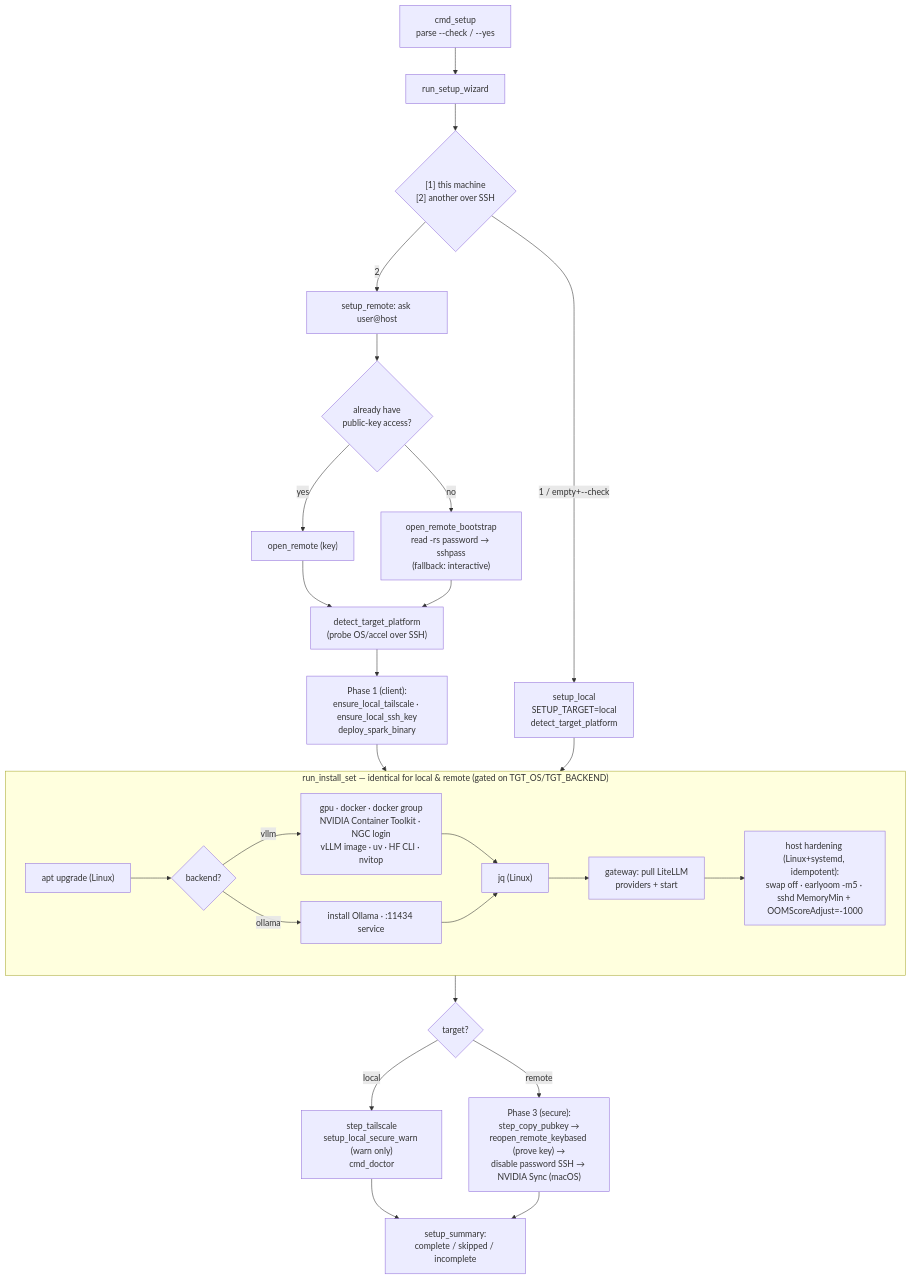
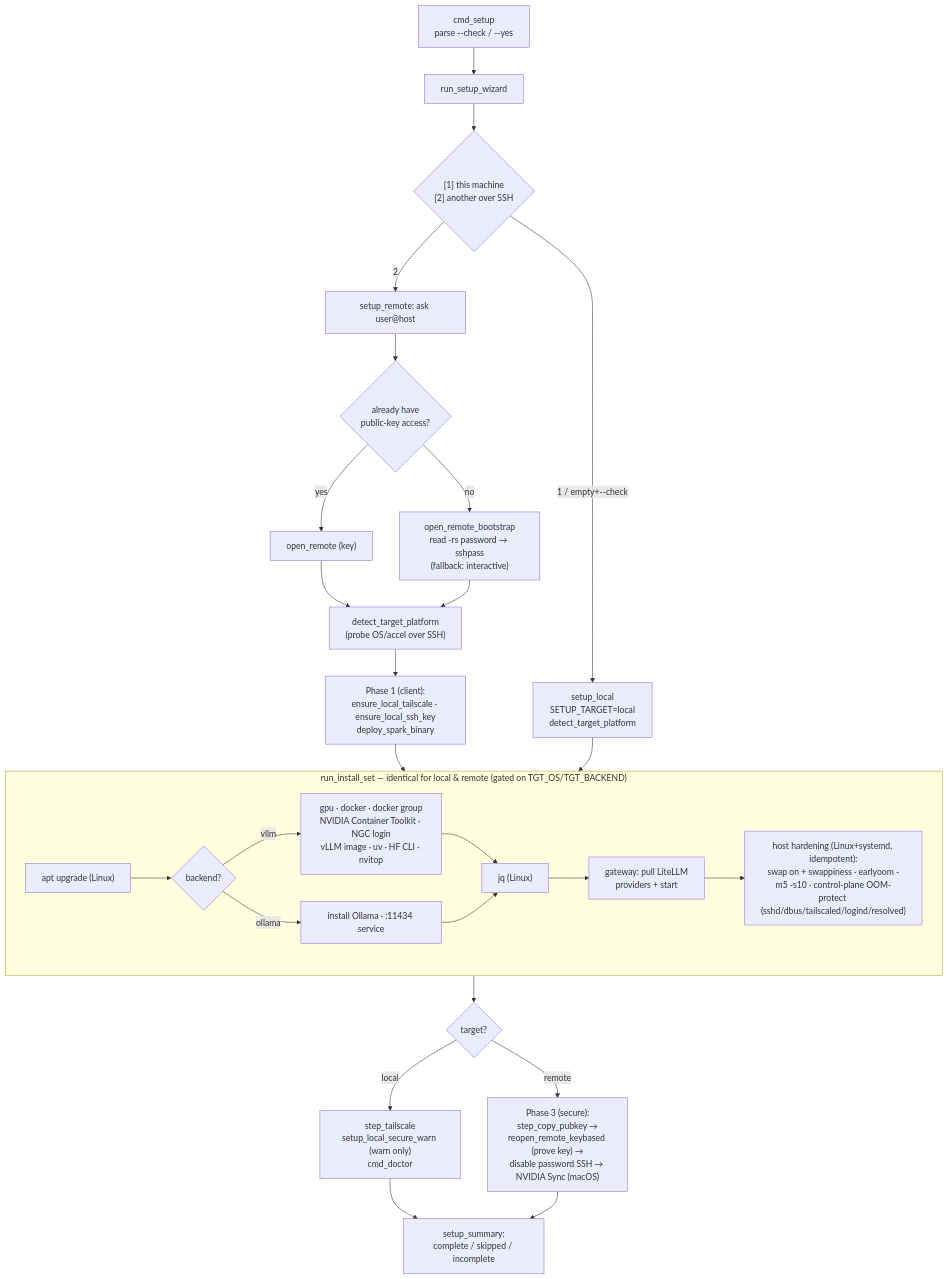
The third of 4 diagrams in docs/flow.md (massimo92/spark), drawn with Mermaid before and after one commit. The commit also changed other lines of this file and 3 other files, not shown here.

````diff
--- a/docs/flow.md
+++ b/docs/flow.md
@@ -103,37 +103,37 @@
 ```mermaid
 flowchart TD
     entry["cmd_setup\nparse --check / --yes"] --> wiz["run_setup_wizard"]
     wiz --> q1{"[1] this machine\n[2] another over SSH"}
 
     q1 -->|1 / empty+--check| local["setup_local\nSETUP_TARGET=local\ndetect_target_platform"]
     q1 -->|2| ask["setup_remote: ask user@host"]
 
     ask --> q2{"already have\npublic-key access?"}
     q2 -->|yes| openk["open_remote (key)"]
     q2 -->|no| boot["open_remote_bootstrap\nread -rs password → sshpass\n(fallback: interactive)"]
     openk --> det
     boot --> det["detect_target_platform\n(probe OS/accel over SSH)"]
 
     det --> p1["Phase 1 (client):\nensure_local_tailscale · ensure_local_ssh_key\ndeploy_spark_binary"]
     p1 --> shared
 
     local --> shared
 
     subgraph shared ["run_install_set — identical for local & remote (gated on TGT_OS/TGT_BACKEND)"]
         s_apt["apt upgrade (Linux)"] --> s_fork{"backend?"}
         s_fork -->|vllm| s_v["gpu · docker · docker group\nNVIDIA Container Toolkit · NGC login\nvLLM image · uv · HF CLI · nvitop"]
         s_fork -->|ollama| s_o["install Ollama · :11434 service"]
         s_v --> s_jq
         s_o --> s_jq
         s_jq["jq (Linux)"] --> s_gw["gateway: pull LiteLLM\nproviders + start"]
-        s_gw --> s_hard["host hardening (Linux+systemd, idempotent):\nswap off · earlyoom -m5 · sshd MemoryMin + OOMScoreAdjust=-1000"]
+        s_gw --> s_hard["host hardening (Linux+systemd, idempotent):\nswap on + swappiness · earlyoom -m5 -s10 · control-plane OOM-protect (sshd/dbus/tailscaled/logind/resolved)"]
     end
 
     shared --> branch{"target?"}
     branch -->|local| lsec["step_tailscale\nsetup_local_secure_warn (warn only)\ncmd_doctor"]
     branch -->|remote| rsec["Phase 3 (secure):\nstep_copy_pubkey →\nreopen_remote_keybased (prove key) →\ndisable password SSH → NVIDIA Sync (macOS)"]
 
     lsec --> summ
     rsec --> summ
     summ["setup_summary:\ncomplete / skipped / incomplete"]
 ```
````
